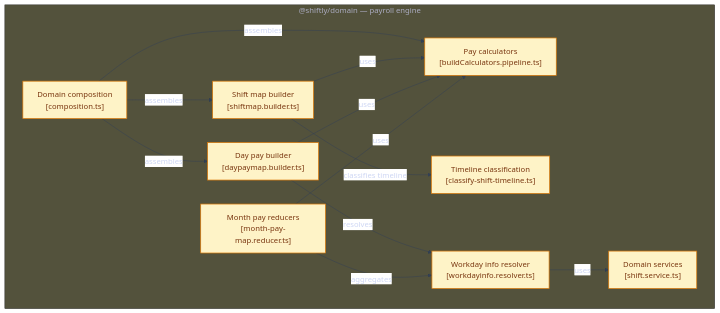
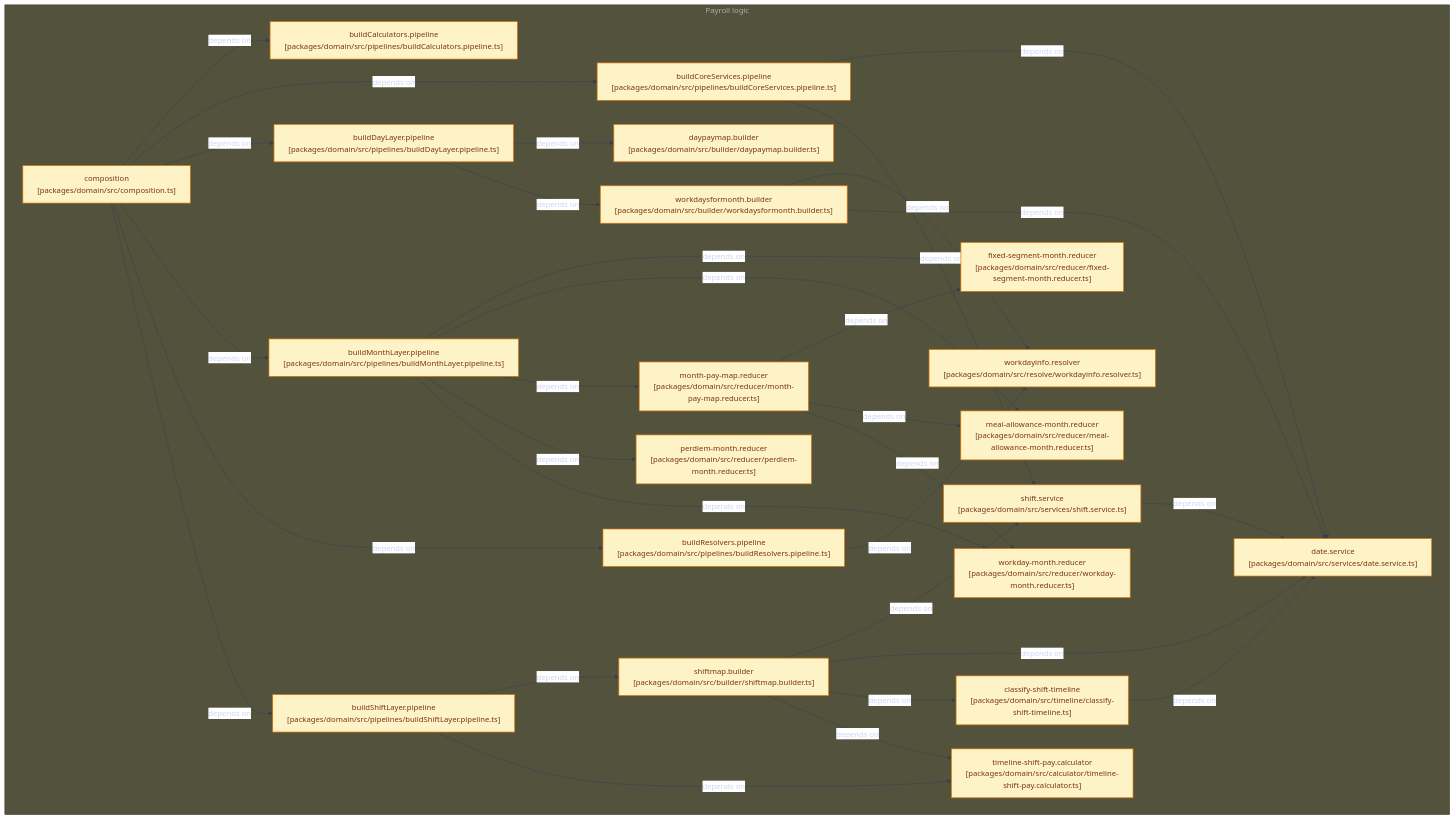
The second of 5 diagrams in docs/reference/README.md (dmaman86/shiftly), drawn with Mermaid before and after one commit. The commit also changed other lines of this file and 80 other files, not shown here.

Commit message:
docs(architecture): correct tag-specific snapshots and references

````diff
--- a/docs/reference/README.md
+++ b/docs/reference/README.md
@@ -188,38 +200,80 @@
     lineColor: "#334155"
     edgeLabelBackground: "#ffffff"
 ---
+%% Source: main (HEAD). Module dependencies include type imports. Commit: 2f6d26699aa360b6758154d1ebc0bb23d53807fe.
+%% Barrel re-exports are resolved; arrows point from consumers to dependencies.
 flowchart TD
-  subgraph group_domain["@shiftly/domain — payroll engine"]
-    node_composition["Domain composition<br/>[composition.ts]"]
-    node_shiftbuilder["Shift map builder<br/>[shiftmap.builder.ts]"]
-    node_daybuilder["Day pay builder<br/>[daypaymap.builder.ts]"]
-    node_timeline["Timeline classification<br/>[classify-shift-timeline.ts]"]
-    node_calculators["Pay calculators<br/>[buildCalculators.pipeline.ts]"]
-    node_monthreducer["Month pay reducers<br/>[month-pay-map.reducer.ts]"]
-    node_resolvers["Workday info resolver<br/>[workdayinfo.resolver.ts]"]
-    node_services["Domain services<br/>[shift.service.ts]"]
+  subgraph group_domain["Payroll logic"]
+    node_0["composition<br/>[packages/domain/src/composition.ts]"]
+    node_1["buildDayLayer.pipeline<br/>[packages/domain/src/pipelines/buildDayLayer.pipeline.ts]"]
+    node_2["buildResolvers.pipeline<br/>[packages/domain/src/pipelines/buildResolvers.pipeline.ts]"]
+    node_3["buildMonthLayer.pipeline<br/>[packages/domain/src/pipelines/buildMonthLayer.pipeline.ts]"]
+    node_4["buildCalculators.pipeline<br/>[packages/domain/src/pipelines/buildCalculators.pipeline.ts]"]
+    node_5["buildCoreServices.pipeline<br/>[packages/domain/src/pipelines/buildCoreServices.pipeline.ts]"]
+    node_6["shiftmap.builder<br/>[packages/domain/src/builder/shiftmap.builder.ts]"]
+    node_7["daypaymap.builder<br/>[packages/domain/src/builder/daypaymap.builder.ts]"]
+    node_8["workdaysformonth.builder<br/>[packages/domain/src/builder/workdaysformonth.builder.ts]"]
+    node_9["timeline-shift-pay.calculator<br/>[packages/domain/src/calculator/timeline-shift-pay.calculator.ts]"]
+    node_10["classify-shift-timeline<br/>[packages/domain/src/timeline/classify-shift-timeline.ts]"]
+    node_11["month-pay-map.reducer<br/>[packages/domain/src/reducer/month-pay-map.reducer.ts]"]
+    node_12["workdayinfo.resolver<br/>[packages/domain/src/resolve/workdayinfo.resolver.ts]"]
+    node_13["date.service<br/>[packages/domain/src/services/date.service.ts]"]
+    node_14["shift.service<br/>[packages/domain/src/services/shift.service.ts]"]
+    node_15["perdiem-month.reducer<br/>[packages/domain/src/reducer/perdiem-month.reducer.ts]"]
+    node_16["workday-month.reducer<br/>[packages/domain/src/reducer/workday-month.reducer.ts]"]
+    node_17["fixed-segment-month.reducer<br/>[packages/domain/src/reducer/fixed-segment-month.reducer.ts]"]
+    node_18["meal-allowance-month.reducer<br/>[packages/domain/src/reducer/meal-allowance-month.reducer.ts]"]
+    node_19["buildShiftLayer.pipeline<br/>[packages/domain/src/pipelines/buildShiftLayer.pipeline.ts]"]
   end
-
-  node_composition -->|"assembles"| node_shiftbuilder
-  node_composition -->|"assembles"| node_daybuilder
-  node_composition -->|"assembles"| node_calculators
-  node_shiftbuilder -->|"classifies timeline"| node_timeline
-  node_shiftbuilder -->|"uses"| node_calculators
-  node_daybuilder -->|"uses"| node_calculators
-  node_daybuilder -->|"resolves"| node_resolvers
-  node_monthreducer -->|"uses"| node_calculators
-  node_resolvers -->|"uses"| node_services
-  node_monthreducer -->|"aggregates"| node_resolvers
-
-  click node_composition "https://github.com/dmaman86/shiftly/blob/main/packages/domain/src/composition.ts"
-  click node_shiftbuilder "https://github.com/dmaman86/shiftly/blob/main/packages/domain/src/builder/shiftmap.builder.ts"
-  click node_daybuilder "https://github.com/dmaman86/shiftly/blob/main/packages/domain/src/builder/daypaymap.builder.ts"
-  click node_timeline "https://github.com/dmaman86/shiftly/blob/main/packages/domain/src/timeline/classify-shift-timeline.ts"
-  click node_calculators "https://github.com/dmaman86/shiftly/blob/main/packages/domain/src/pipelines/buildCalculators.pipeline.ts"
-  click node_monthreducer "https://github.com/dmaman86/shiftly/blob/main/packages/domain/src/reducer/month-pay-map.reducer.ts"
-  click node_resolvers "https://github.com/dmaman86/shiftly/blob/main/packages/domain/src/resolve/workdayinfo.resolver.ts"
-  click node_services "https://github.com/dmaman86/shiftly/blob/main/packages/domain/src/services/shift.service.ts"
-
+  node_0 -->|"depends on"| node_4
+  node_0 -->|"depends on"| node_5
+  node_0 -->|"depends on"| node_1
+  node_0 -->|"depends on"| node_3
+  node_0 -->|"depends on"| node_2
+  node_0 -->|"depends on"| node_19
+  node_1 -->|"depends on"| node_7
+  node_1 -->|"depends on"| node_8
+  node_2 -->|"depends on"| node_12
+  node_3 -->|"depends on"| node_17
+  node_3 -->|"depends on"| node_18
+  node_3 -->|"depends on"| node_11
+  node_3 -->|"depends on"| node_15
+  node_3 -->|"depends on"| node_16
+  node_5 -->|"depends on"| node_13
+  node_5 -->|"depends on"| node_14
+  node_6 -->|"depends on"| node_14
+  node_6 -->|"depends on"| node_13
+  node_6 -->|"depends on"| node_10
+  node_6 -->|"depends on"| node_9
+  node_8 -->|"depends on"| node_12
+  node_8 -->|"depends on"| node_13
+  node_10 -->|"depends on"| node_13
+  node_11 -->|"depends on"| node_17
+  node_11 -->|"depends on"| node_18
+  node_11 -->|"depends on"| node_16
+  node_14 -->|"depends on"| node_13
+  node_19 -->|"depends on"| node_6
+  node_19 -->|"depends on"| node_9
+  click node_0 "https://github.com/dmaman86/shiftly/blob/main/packages/domain/src/composition.ts"
+  click node_1 "https://github.com/dmaman86/shiftly/blob/main/packages/domain/src/pipelines/buildDayLayer.pipeline.ts"
+  click node_2 "https://github.com/dmaman86/shiftly/blob/main/packages/domain/src/pipelines/buildResolvers.pipeline.ts"
+  click node_3 "https://github.com/dmaman86/shiftly/blob/main/packages/domain/src/pipelines/buildMonthLayer.pipeline.ts"
+  click node_4 "https://github.com/dmaman86/shiftly/blob/main/packages/domain/src/pipelines/buildCalculators.pipeline.ts"
+  click node_5 "https://github.com/dmaman86/shiftly/blob/main/packages/domain/src/pipelines/buildCoreServices.pipeline.ts"
+  click node_6 "https://github.com/dmaman86/shiftly/blob/main/packages/domain/src/builder/shiftmap.builder.ts"
+  click node_7 "https://github.com/dmaman86/shiftly/blob/main/packages/domain/src/builder/daypaymap.builder.ts"
+  click node_8 "https://github.com/dmaman86/shiftly/blob/main/packages/domain/src/builder/workdaysformonth.builder.ts"
+  click node_9 "https://github.com/dmaman86/shiftly/blob/main/packages/domain/src/calculator/timeline-shift-pay.calculator.ts"
+  click node_10 "https://github.com/dmaman86/shiftly/blob/main/packages/domain/src/timeline/classify-shift-timeline.ts"
+  click node_11 "https://github.com/dmaman86/shiftly/blob/main/packages/domain/src/reducer/month-pay-map.reducer.ts"
+  click node_12 "https://github.com/dmaman86/shiftly/blob/main/packages/domain/src/resolve/workdayinfo.resolver.ts"
+  click node_13 "https://github.com/dmaman86/shiftly/blob/main/packages/domain/src/services/date.service.ts"
+  click node_14 "https://github.com/dmaman86/shiftly/blob/main/packages/domain/src/services/shift.service.ts"
+  click node_15 "https://github.com/dmaman86/shiftly/blob/main/packages/domain/src/reducer/perdiem-month.reducer.ts"
+  click node_16 "https://github.com/dmaman86/shiftly/blob/main/packages/domain/src/reducer/workday-month.reducer.ts"
+  click node_17 "https://github.com/dmaman86/shiftly/blob/main/packages/domain/src/reducer/fixed-segment-month.reducer.ts"
+  click node_18 "https://github.com/dmaman86/shiftly/blob/main/packages/domain/src/reducer/meal-allowance-month.reducer.ts"
+  click node_19 "https://github.com/dmaman86/shiftly/blob/main/packages/domain/src/pipelines/buildShiftLayer.pipeline.ts"
   classDef toneAmber fill:#fef3c7,stroke:#d97706,stroke-width:1.5px,color:#78350f
-  class node_composition,node_shiftbuilder,node_daybuilder,node_timeline,node_calculators,node_monthreducer,node_resolvers,node_services toneAmber
+  class node_0,node_1,node_2,node_3,node_4,node_5,node_6,node_7,node_8,node_9,node_10,node_11,node_12,node_13,node_14,node_15,node_16,node_17,node_18,node_19 toneAmber
 ```
````
